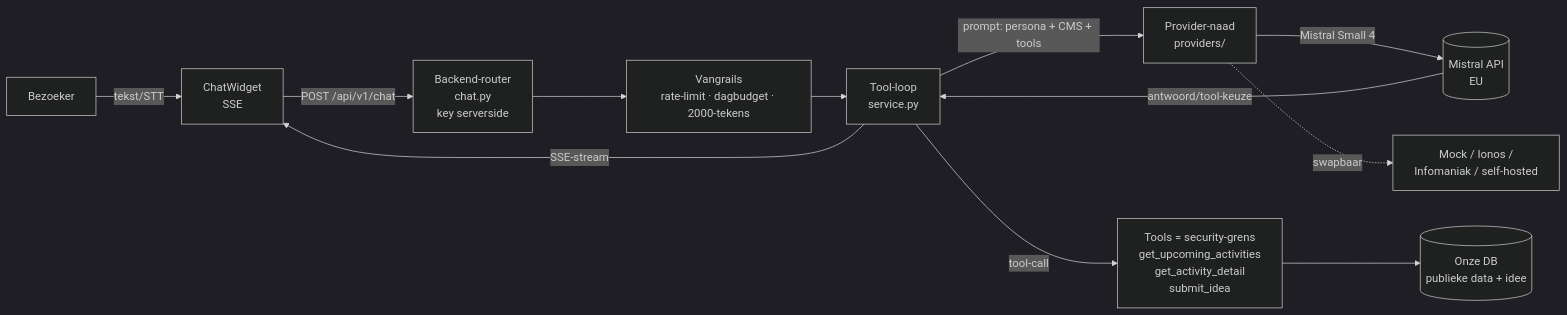
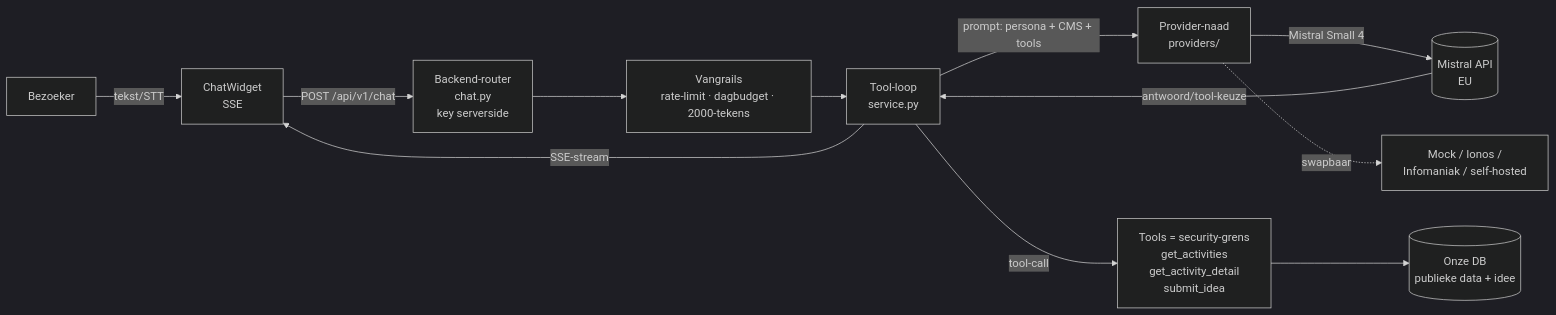
Before and after one commit to KoenRenders/KoenTest: the first of 2 diagrams in docs/chatbot.md, drawn with Mermaid (dark theme). The commit also changed other lines of this file and 4 other files, not shown here.

First line of the commit message:
feat: chatbot kan ook voorbije activiteiten opvragen via één get_activities-tool (#248)

````diff
--- a/docs/chatbot.md
+++ b/docs/chatbot.md
@@ -13,14 +13,14 @@
 ```mermaid
 flowchart LR
     U[Bezoeker] -->|tekst/STT| W[ChatWidget<br/>SSE]
     W -->|POST /api/v1/chat| R[Backend-router<br/>chat.py<br/>key serverside]
     R --> G[Vangrails<br/>rate-limit · dagbudget · 2000-tekens]
     G --> S[Tool-loop<br/>service.py]
     S -->|prompt: persona + CMS + tools| P[Provider-naad<br/>providers/]
     P -->|Mistral Small 4| M[(Mistral API<br/>EU)]
     P -. swapbaar .-> ALT[Mock / Ionos /<br/>Infomaniak / self-hosted]
-    S -->|tool-call| T[Tools = security-grens<br/>get_upcoming_activities<br/>get_activity_detail<br/>submit_idea]
+    S -->|tool-call| T[Tools = security-grens<br/>get_activities<br/>get_activity_detail<br/>submit_idea]
     T --> DB[(Onze DB<br/>publieke data + idee)]
     M -->|antwoord/tool-keuze| S
     S -->|SSE-stream| W
 ```
````
